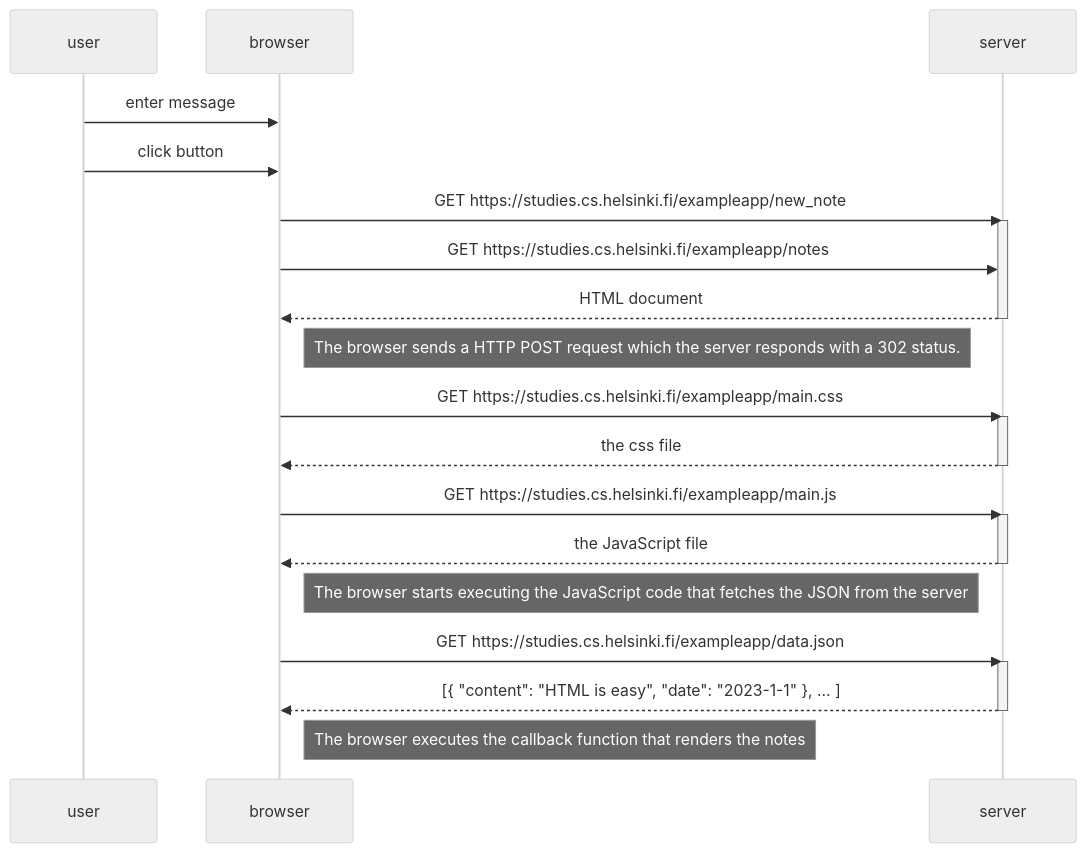
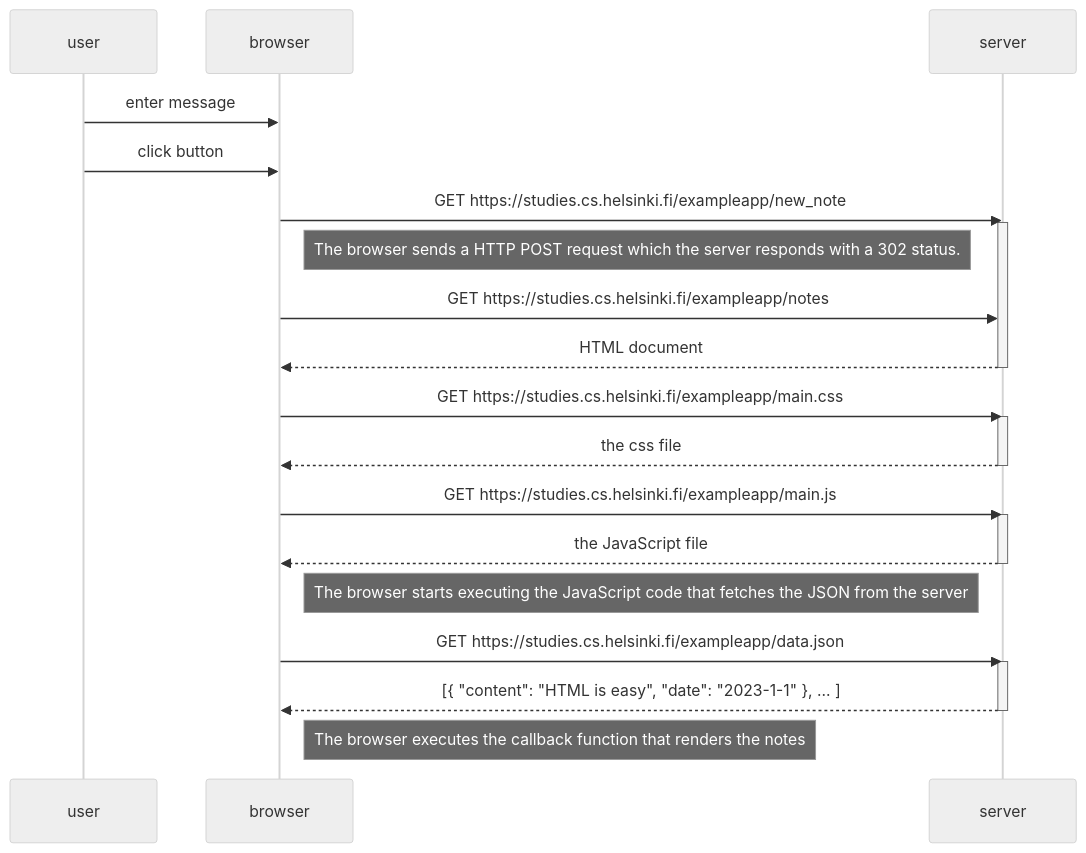
The diagram in part0/exercise4.md (tam-nguyen-3/fullstackopen-2023), drawn with Mermaid (neutral theme) before and after one commit.

````diff
--- a/part0/exercise4.md
+++ b/part0/exercise4.md
@@ -1,35 +1,36 @@
 ```mermaid
 sequenceDiagram
     participant user
     participant browser
     participant server
     
     user->>browser: enter message
     user->>browser: click button
     browser->>server: GET https://studies.cs.helsinki.fi/exampleapp/new_note
     activate server
+    
+    Note right of browser: The browser sends a HTTP POST request which the server responds with a 302 status.
+    
     browser->>server: GET https://studies.cs.helsinki.fi/exampleapp/notes
     server-->>browser: HTML document
     deactivate server
-
-    Note right of browser: The browser sends a HTTP POST request which the server responds with a 302 status.
     
     browser->>server: GET https://studies.cs.helsinki.fi/exampleapp/main.css
     activate server
     server-->>browser: the css file
     deactivate server
 
     browser->>server: GET https://studies.cs.helsinki.fi/exampleapp/main.js
     activate server
     server-->>browser: the JavaScript file
     deactivate server
 
     Note right of browser: The browser starts executing the JavaScript code that fetches the JSON from the server
 
     browser->>server: GET https://studies.cs.helsinki.fi/exampleapp/data.json
     activate server
     server-->>browser: [{ "content": "HTML is easy", "date": "2023-1-1" }, ... ]
     deactivate server
 
     Note right of browser: The browser executes the callback function that renders the notes
 ```
````
